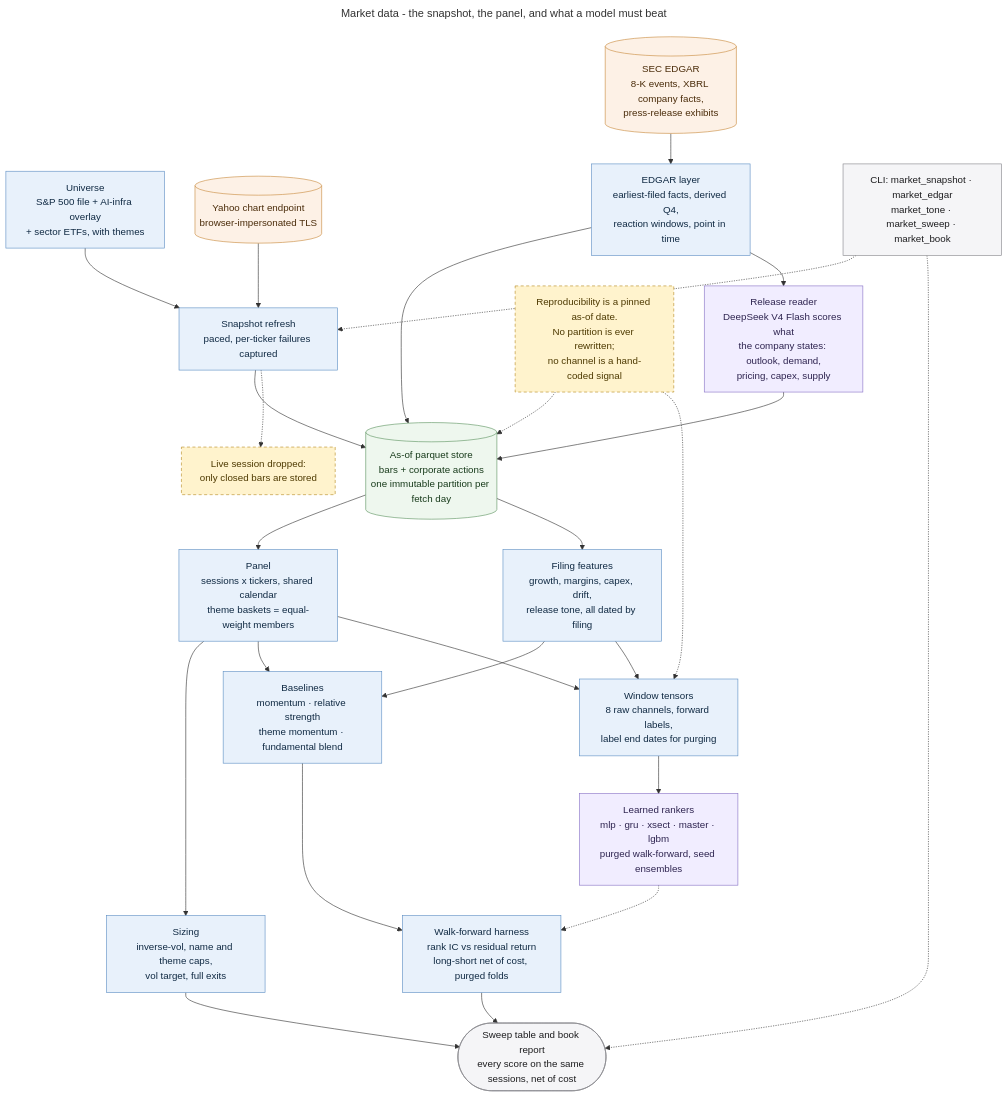
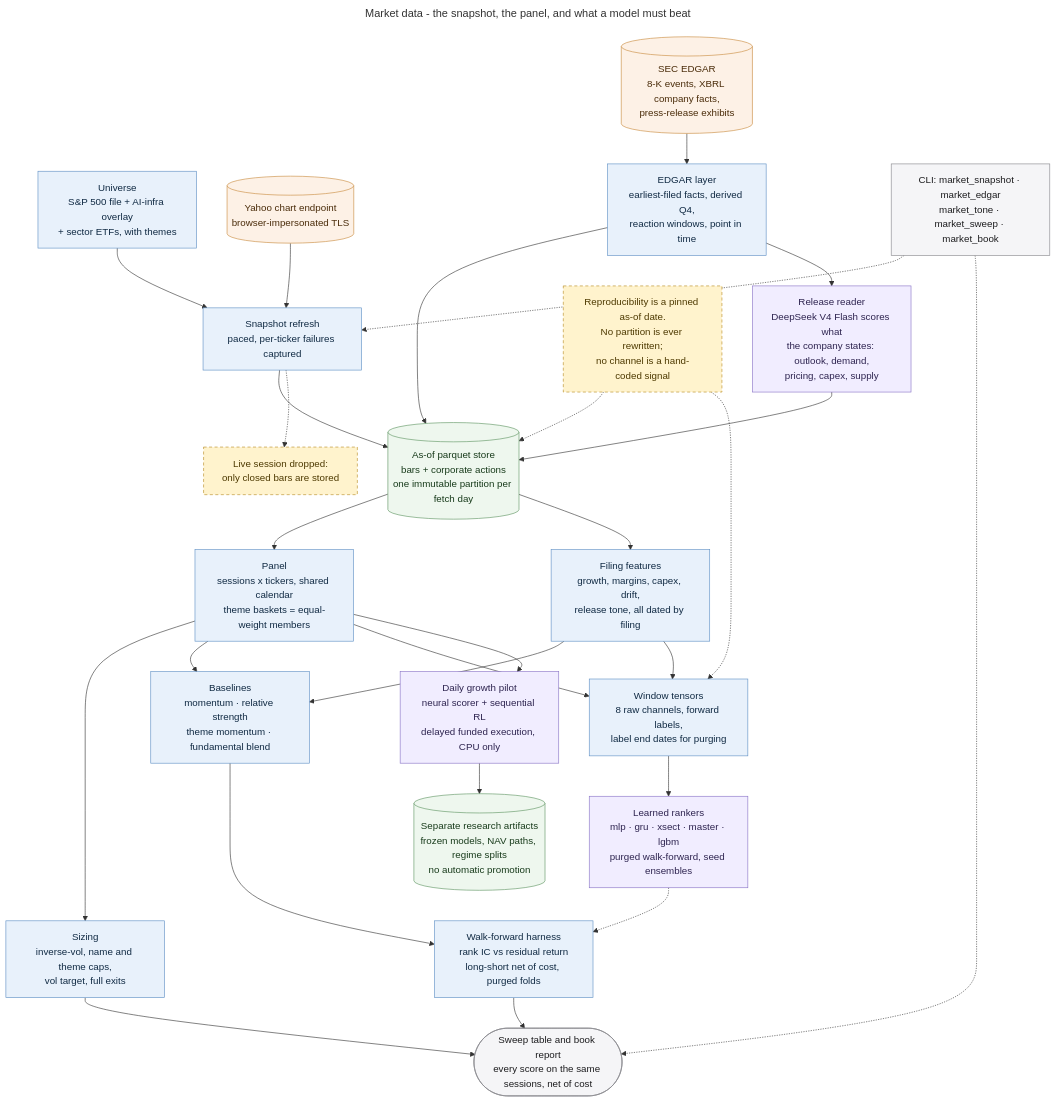
The diagram in docs/diagrams/market-data.mmd (MallyaAni/PersonalAssistant), drawn with Mermaid before and after one commit. The commit also changed 5 other files, not shown here.

Commit message:
Add isolated neural and sequential RL growth pilot

```diff
--- a/docs/diagrams/market-data.mmd
+++ b/docs/diagrams/market-data.mmd
@@ -1,45 +1,48 @@
 ---
 title: Market data - the snapshot, the panel, and what a model must beat
 ---
 flowchart TB
     Universe[Universe<br/>S&P 500 file + AI-infra overlay<br/>+ sector ETFs, with themes] --> Refresh[Snapshot refresh<br/>paced, per-ticker failures captured]
     Yahoo[(Yahoo chart endpoint<br/>browser-impersonated TLS)] --> Refresh
     Refresh --> Store[(As-of parquet store<br/>bars + corporate actions<br/>one immutable partition per fetch day)]
     Refresh -.-> Drop[Live session dropped:<br/>only closed bars are stored]
 
     Edgar[(SEC EDGAR<br/>8-K events, XBRL company facts,<br/>press-release exhibits)] --> Filings[EDGAR layer<br/>earliest-filed facts, derived Q4,<br/>reaction windows, point in time]
     Filings --> Store
     Filings --> Reader[Release reader<br/>DeepSeek V4 Flash scores what<br/>the company states: outlook, demand,<br/>pricing, capex, supply]
     Reader --> Store
     Store --> Panel[Panel<br/>sessions x tickers, shared calendar<br/>theme baskets = equal-weight members]
     Store --> Extras[Filing features<br/>growth, margins, capex, drift,<br/>release tone, all dated by filing]
     Extras --> Baselines
     Extras --> Windows
     Panel --> Book[Sizing<br/>inverse-vol, name and theme caps,<br/>vol target, full exits]
     Book --> Report
     Panel --> Baselines[Baselines<br/>momentum · relative strength<br/>theme momentum · fundamental blend]
     Panel --> Windows[Window tensors<br/>8 raw channels, forward labels,<br/>label end dates for purging]
     Baselines --> Harness[Walk-forward harness<br/>rank IC vs residual return<br/>long-short net of cost, purged folds]
     Windows --> Model[Learned rankers<br/>mlp · gru · xsect · master · lgbm<br/>purged walk-forward, seed ensembles]
     Model -.-> Harness
     Harness --> Report([Sweep table and book report<br/>every score on the same sessions, net of cost])
+    Panel --> Pilot[Daily growth pilot<br/>neural scorer + sequential RL<br/>delayed funded execution, CPU only]
+    Pilot --> Research[(Separate research artifacts<br/>frozen models, NAV paths, regime splits<br/>no automatic promotion)]
 
     CLI[CLI: market_snapshot · market_edgar<br/>market_tone · market_sweep · market_book] -.-> Refresh
     CLI -.-> Report
 
     Rule[Reproducibility is a pinned as-of date.<br/>No partition is ever rewritten;<br/>no channel is a hand-coded signal]
     Rule -.-> Store
     Rule -.-> Windows
 
     classDef interface fill:#f5f5f7,stroke:#86868b,color:#1d1d1f;
     classDef application fill:#e8f1fb,stroke:#5e8fc4,color:#102a43;
     classDef data fill:#eef7ee,stroke:#5f9562,color:#183b1b;
     classDef external fill:#fdf1e6,stroke:#c98a3d,color:#4a2c0a;
     classDef model fill:#f1edff,stroke:#8872c6,color:#2e2450;
     classDef warning fill:#fff3cd,stroke:#b78b20,color:#4d3900,stroke-dasharray:5 4;
     class CLI,Report interface;
     class Universe,Refresh,Filings,Panel,Baselines,Windows,Harness,Extras,Book application;
     class Store data;
     class Yahoo,Edgar external;
-    class Model,Reader model;
+    class Model,Reader,Pilot model;
+    class Research data;
     class Rule,Drop warning;
```
